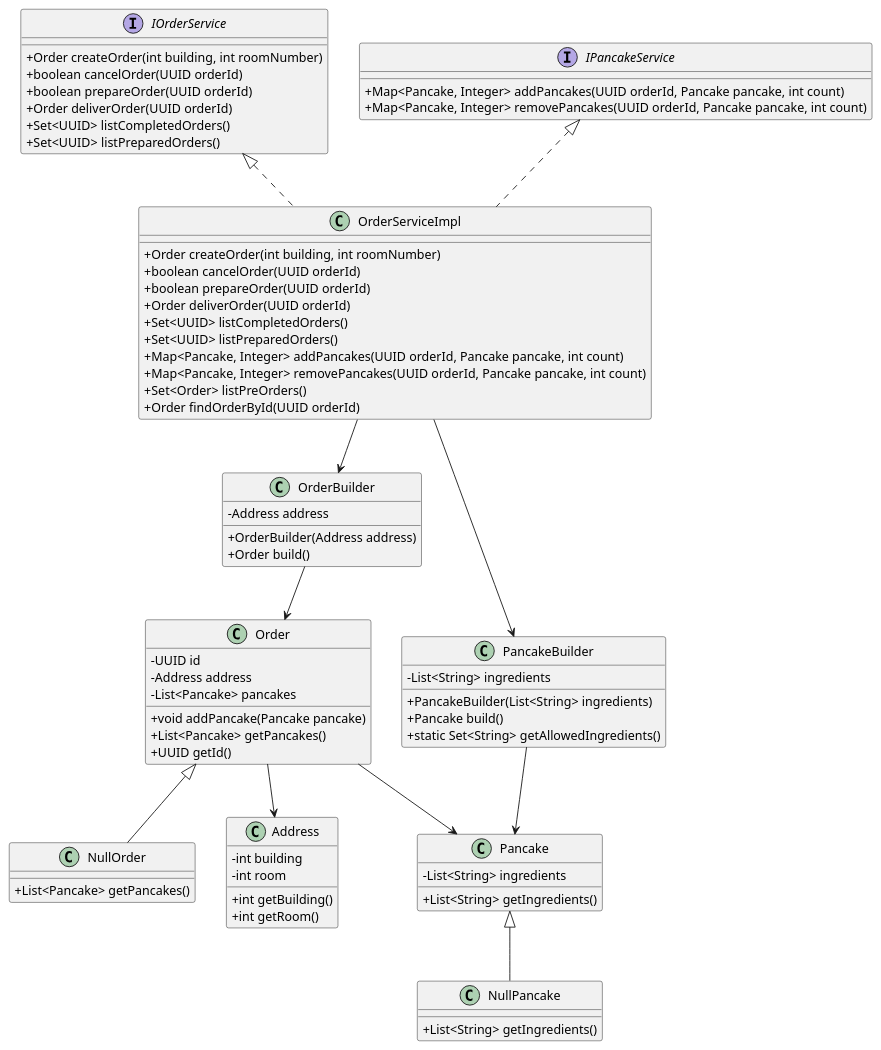
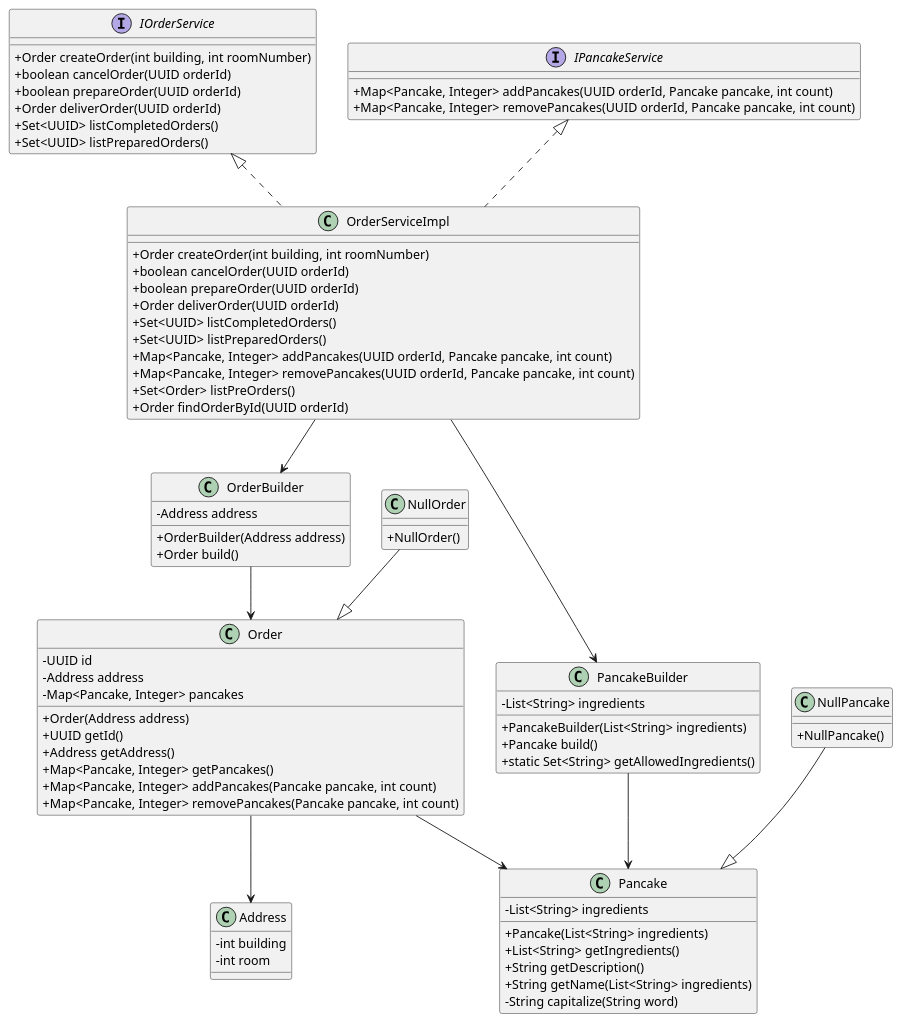
Before and after one commit to vaishnavi666/Assignment: the diagram in PancakeLab/docs/puml/PancakeLab.puml, drawn with PlantUML.

```diff
--- a/PancakeLab/docs/puml/PancakeLab.puml
+++ b/PancakeLab/docs/puml/PancakeLab.puml
@@ -1,84 +1,93 @@
 @startuml
 skinparam classAttributeIconSize 0
 
 interface IOrderService {
   +Order createOrder(int building, int roomNumber)
   +boolean cancelOrder(UUID orderId)
   +boolean prepareOrder(UUID orderId)
   +Order deliverOrder(UUID orderId)
   +Set<UUID> listCompletedOrders()
   +Set<UUID> listPreparedOrders()
 }
 
 interface IPancakeService {
   +Map<Pancake, Integer> addPancakes(UUID orderId, Pancake pancake, int count)
   +Map<Pancake, Integer> removePancakes(UUID orderId, Pancake pancake, int count)
 }
 
+class Address {
+  -int building
+  -int room
+}
+
 class Order {
   -UUID id
   -Address address
-  -List<Pancake> pancakes
-  +void addPancake(Pancake pancake)
-  +List<Pancake> getPancakes()
+  -Map<Pancake, Integer> pancakes
+  +Order(Address address)
   +UUID getId()
+  +Address getAddress()
+  +Map<Pancake, Integer> getPancakes()
+  +Map<Pancake, Integer> addPancakes(Pancake pancake, int count)
+  +Map<Pancake, Integer> removePancakes(Pancake pancake, int count)
 }
 
 class NullOrder {
-  +List<Pancake> getPancakes()
+  +NullOrder()
+}
+
+class Pancake {
+  -List<String> ingredients
+  +Pancake(List<String> ingredients)
+  +List<String> getIngredients()
+  +String getDescription()
+  +String getName(List<String> ingredients)
+  -String capitalize(String word)
+}
+
+class NullPancake {
+  +NullPancake()
 }
 
 class OrderBuilder {
   -Address address
   +OrderBuilder(Address address)
   +Order build()
 }
 
-class Pancake {
-  -List<String> ingredients
-  +List<String> getIngredients()
-}
-
-class NullPancake {
-  +List<String> getIngredients()
-}
-
 class PancakeBuilder {
   -List<String> ingredients
   +PancakeBuilder(List<String> ingredients)
   +Pancake build()
   +static Set<String> getAllowedIngredients()
-}
-
-class Address {
-  -int building
-  -int room
-  +int getBuilding()
-  +int getRoom()
 }
 
 class OrderServiceImpl {
   +Order createOrder(int building, int roomNumber)
   +boolean cancelOrder(UUID orderId)
   +boolean prepareOrder(UUID orderId)
   +Order deliverOrder(UUID orderId)
   +Set<UUID> listCompletedOrders()
   +Set<UUID> listPreparedOrders()
   +Map<Pancake, Integer> addPancakes(UUID orderId, Pancake pancake, int count)
   +Map<Pancake, Integer> removePancakes(UUID orderId, Pancake pancake, int count)
   +Set<Order> listPreOrders()
   +Order findOrderById(UUID orderId)
 }
 
 IOrderService <|.. OrderServiceImpl
 IPancakeService <|.. OrderServiceImpl
-Order <|-- NullOrder
-Pancake <|-- NullPancake
+
+NullOrder --|> Order
+NullPancake --|> Pancake
+
 OrderBuilder --> Order
 PancakeBuilder --> Pancake
+
 Order --> Address
 Order --> Pancake
+
 OrderServiceImpl --> OrderBuilder
 OrderServiceImpl --> PancakeBuilder
 
 @enduml
```
